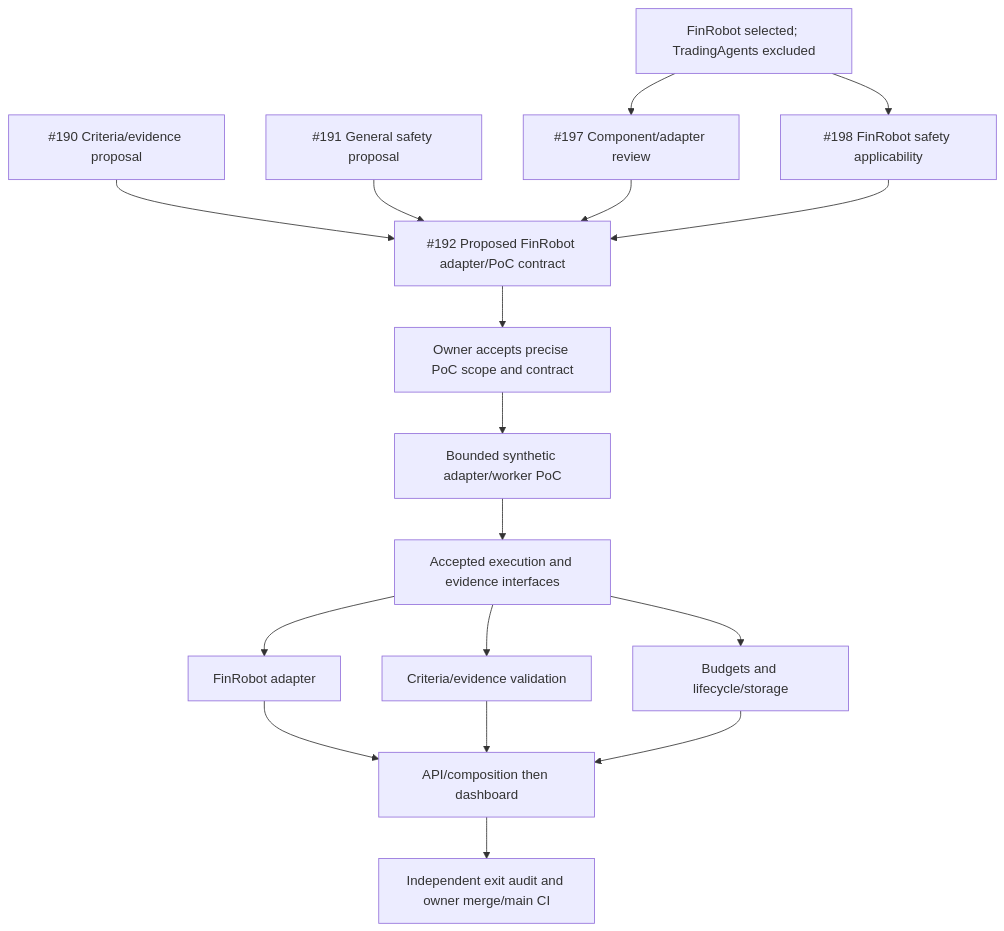
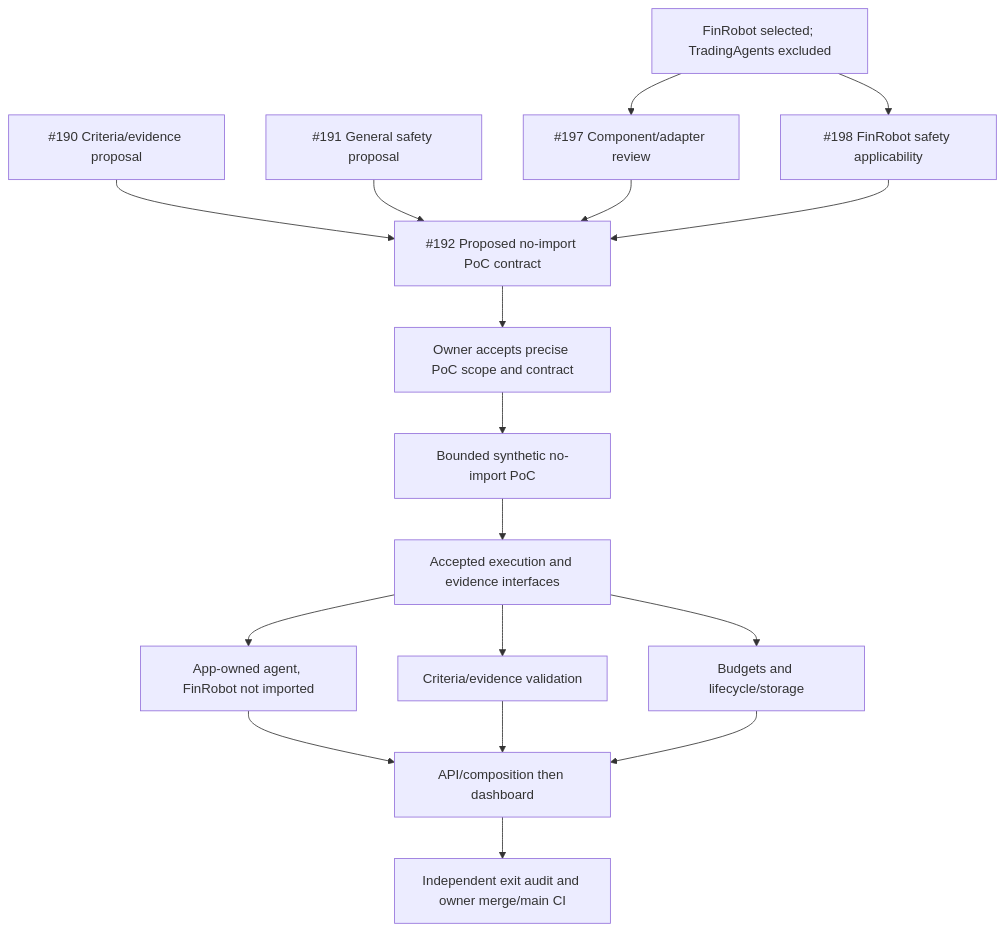
The first of 2 diagrams in docs/milestones/m10-plan.md (daniilnahl/Stock-Tracking-App), drawn with Mermaid before and after one commit. The commit also changed other lines of this file and 2 other files, not shown here.

First line of the commit message:
docs: record owner decisions for the FinRobot review

````diff
--- a/docs/milestones/m10-plan.md
+++ b/docs/milestones/m10-plan.md
@@ -105,19 +118,19 @@
 ```mermaid
 flowchart TD
     selection["FinRobot selected; TradingAgents excluded"] --> source["#197 Component/adapter review"]
     selection --> safety["#198 FinRobot safety applicability"]
-    criteria["#190 Criteria/evidence proposal"] --> contract["#192 Proposed FinRobot adapter/PoC contract"]
+    criteria["#190 Criteria/evidence proposal"] --> contract["#192 Proposed no-import PoC contract"]
     general["#191 General safety proposal"] --> contract
     source --> contract
     safety --> contract
     contract --> approval["Owner accepts precise PoC scope and contract"]
-    approval --> poc["Bounded synthetic adapter/worker PoC"]
+    approval --> poc["Bounded synthetic no-import PoC"]
     poc --> stable["Accepted execution and evidence interfaces"]
-    stable --> worker["FinRobot adapter"]
+    stable --> worker["App-owned agent, FinRobot not imported"]
     stable --> validation["Criteria/evidence validation"]
     stable --> lifecycle["Budgets and lifecycle/storage"]
     worker --> integration["API/composition then dashboard"]
     validation --> integration
     lifecycle --> integration
     integration --> audit["Independent exit audit and owner merge/main CI"]
 ```
````
